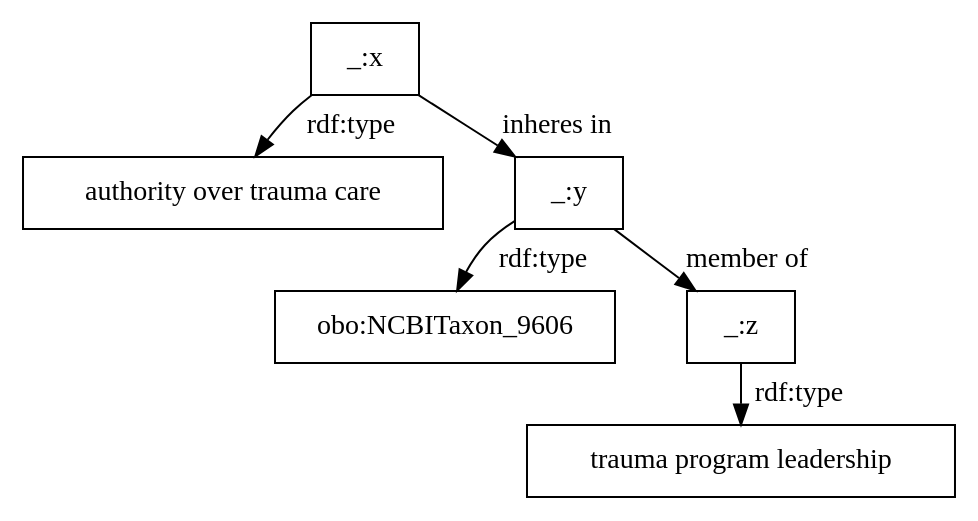
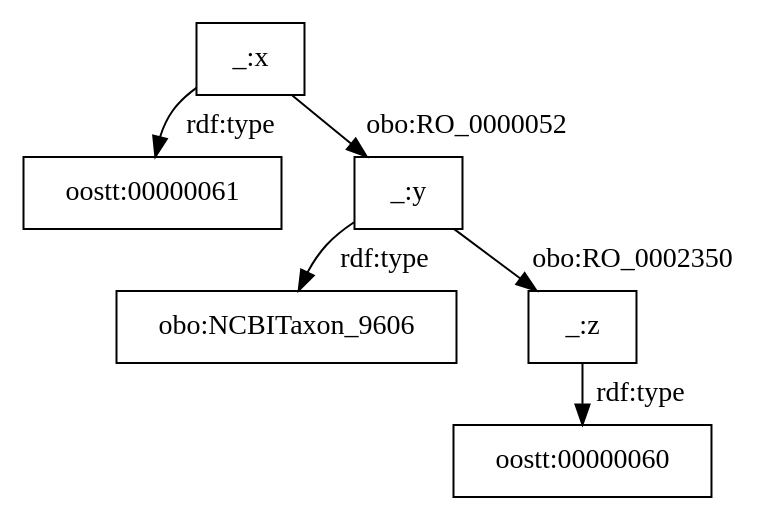
One commit to utecht/dideo-server changed the diagram in cafe/graphs/9.dot. Above: the diagram before and after it, drawn with Graphviz. The commit also changed 17 other files, not shown here.

```diff
--- a/cafe/graphs/9.dot
+++ b/cafe/graphs/9.dot
@@ -1,8 +1,8 @@
 digraph g { node [shape=rectangle];
 graph [splines=true, nodesep=.5, ranksep=0, overlap=false];
-"_:x" -> "authority over trauma care" [label="rdf:type"]
-"_:x" -> "_:y" [label="inheres in"]
+"_:x" -> "oostt:00000061" [label="rdf:type"]
+"_:x" -> "_:y" [label="obo:RO_0000052"]
 "_:y" -> "obo:NCBITaxon_9606" [label="rdf:type"]
-"_:y" -> "_:z" [label="member of"]
-"_:z" -> "trauma program leadership" [label="rdf:type"]
+"_:y" -> "_:z" [label="obo:RO_0002350"]
+"_:z" -> "oostt:00000060" [label="rdf:type"]
 }
```
